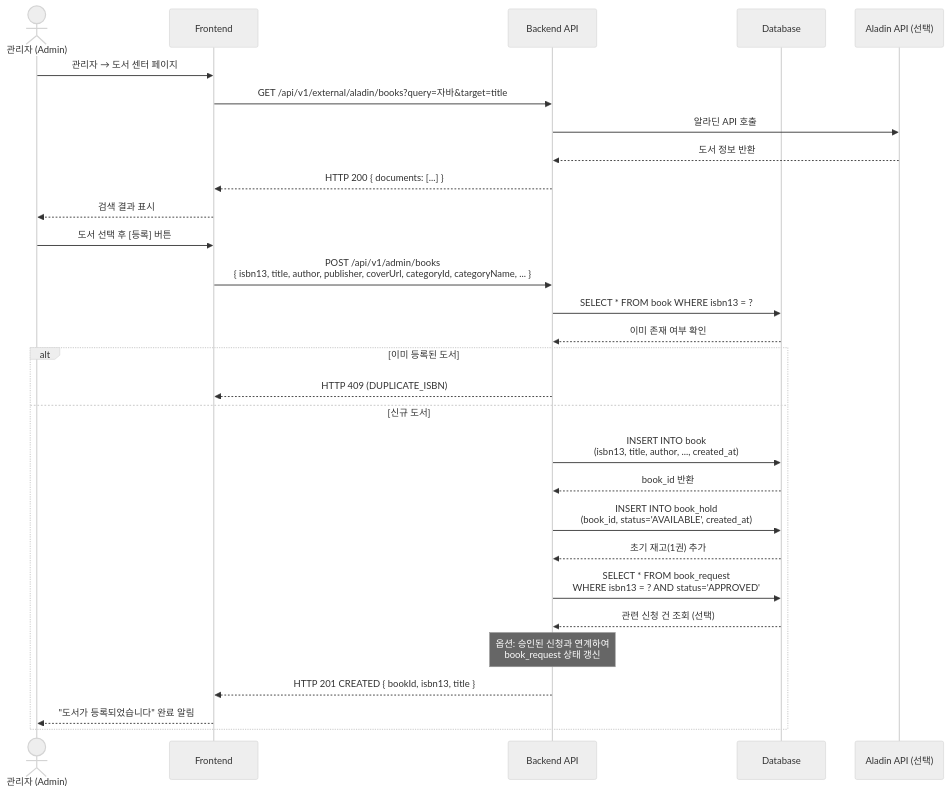
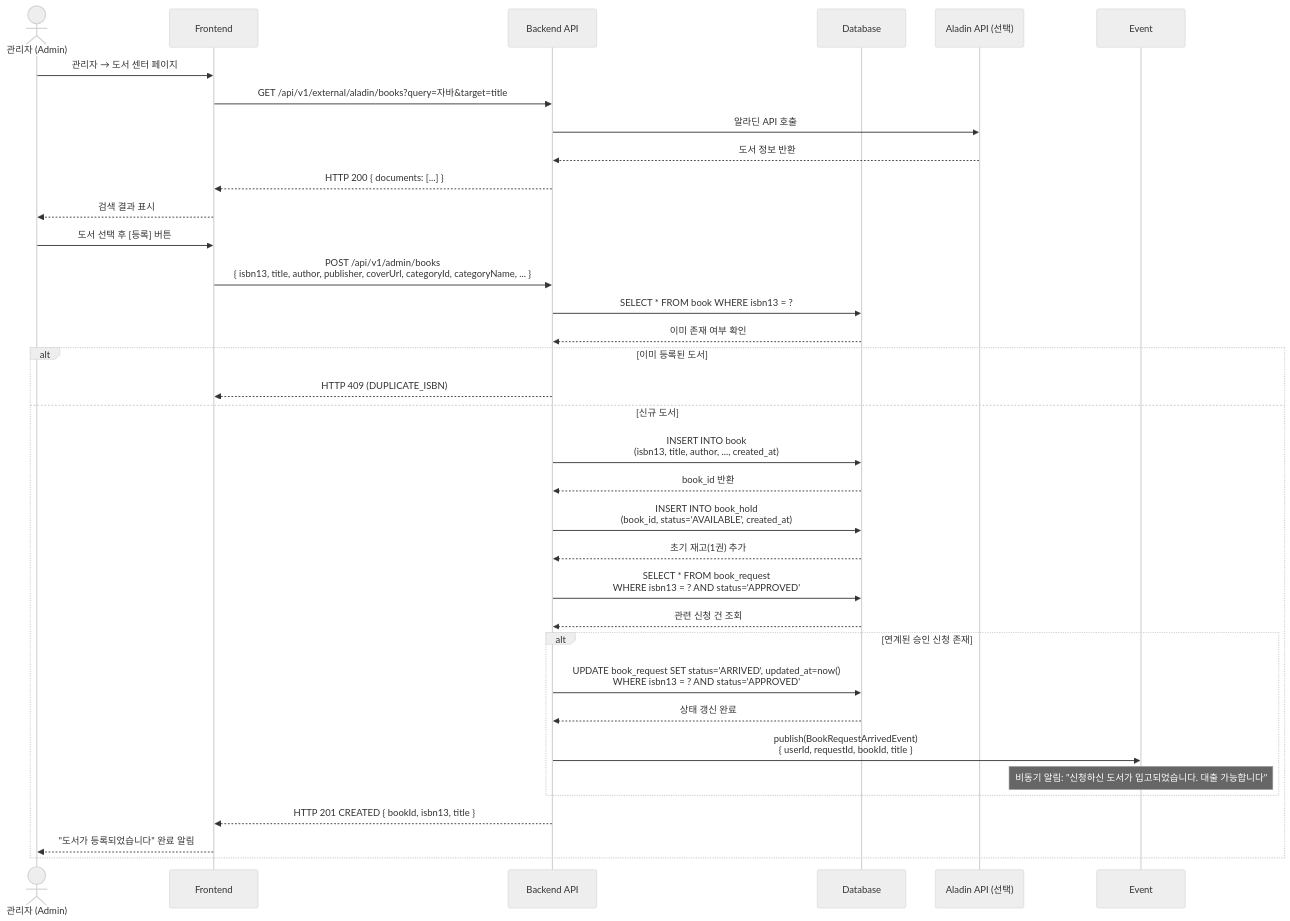
One commit to Boogieman-lab/book-management-system changed the fifth of 5 diagrams in docs/02_design/architecture/sequence/book_request_sequence.md. Above: the diagram before and after it, drawn with Mermaid (neutral theme). The commit also changed other lines of this file and 2 other files, not shown here.

First line of the commit message:
docs: 알림 타입명 잔여 오염 정정 및 희망도서 ARRIVED 상태 추가 (C-02, C-03)

````diff
--- a/docs/02_design/architecture/sequence/book_request_sequence.md
+++ b/docs/02_design/architecture/sequence/book_request_sequence.md
@@ -151,41 +151,47 @@
 ```mermaid
 sequenceDiagram
     actor Admin as 관리자 (Admin)
     participant Client as Frontend
     participant Server as Backend API
     participant DB as Database
     participant Aladin as Aladin API (선택)
 
     Admin->>Client: 관리자 → 도서 센터 페이지
     Client->>Server: GET /api/v1/external/aladin/books?query=자바&target=title
 
     Server->>Aladin: 알라딘 API 호출
     Aladin-->>Server: 도서 정보 반환
     Server-->>Client: HTTP 200 { documents: [...] }
 
     Client-->>Admin: 검색 결과 표시
 
     Admin->>Client: 도서 선택 후 [등록] 버튼
     Client->>Server: POST /api/v1/admin/books<br>{ isbn13, title, author, publisher, coverUrl, categoryId, categoryName, ... }
 
     Server->>DB: SELECT * FROM book WHERE isbn13 = ?
     DB-->>Server: 이미 존재 여부 확인
 
     alt 이미 등록된 도서
         Server-->>Client: HTTP 409 (DUPLICATE_ISBN)
     else 신규 도서
         Server->>DB: INSERT INTO book<br>(isbn13, title, author, ..., created_at)
         DB-->>Server: book_id 반환
 
         Server->>DB: INSERT INTO book_hold<br>(book_id, status='AVAILABLE', created_at)
         DB-->>Server: 초기 재고(1권) 추가
 
         Server->>DB: SELECT * FROM book_request<br>WHERE isbn13 = ? AND status='APPROVED'
-        DB-->>Server: 관련 신청 건 조회 (선택)
+        DB-->>Server: 관련 신청 건 조회
 
-        Note over Server: 옵션: 승인된 신청과 연계하여<br>book_request 상태 갱신
+        alt 연계된 승인 신청 존재
+            Server->>DB: UPDATE book_request SET status='ARRIVED', updated_at=now()<br>WHERE isbn13 = ? AND status='APPROVED'
+            DB-->>Server: 상태 갱신 완료
+
+            Server->>Event: publish(BookRequestArrivedEvent)<br>{ userId, requestId, bookId, title }
+            Note over Event: 비동기 알림: "신청하신 도서가 입고되었습니다. 대출 가능합니다"
+        end
 
         Server-->>Client: HTTP 201 CREATED { bookId, isbn13, title }
         Client-->>Admin: "도서가 등록되었습니다" 완료 알림
     end
 ```
````
